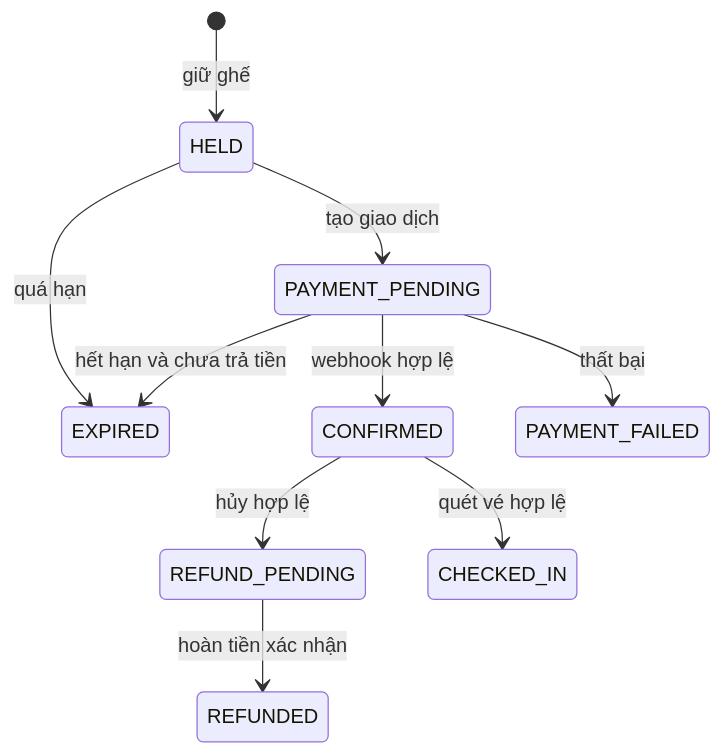
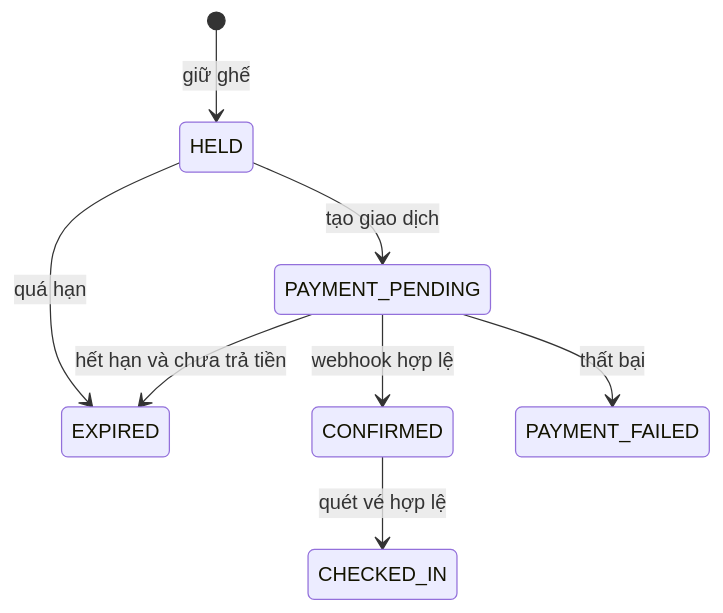
One commit to mahTuqn/DGKD_GK changed the diagram in CinemaBooking_QA_Plan.md. Above: the diagram before and after it, drawn with Mermaid. The commit also changed other lines of this file and 6 other files, not shown here.

````diff
--- a/CinemaBooking_QA_Plan.md
+++ b/CinemaBooking_QA_Plan.md
@@ -59,12 +59,10 @@
 ```mermaid
 stateDiagram-v2
   [*] --> HELD: giữ ghế
   HELD --> EXPIRED: quá hạn
   HELD --> PAYMENT_PENDING: tạo giao dịch
   PAYMENT_PENDING --> CONFIRMED: webhook hợp lệ
   PAYMENT_PENDING --> PAYMENT_FAILED: thất bại
   PAYMENT_PENDING --> EXPIRED: hết hạn và chưa trả tiền
-  CONFIRMED --> REFUND_PENDING: hủy hợp lệ
-  REFUND_PENDING --> REFUNDED: hoàn tiền xác nhận
   CONFIRMED --> CHECKED_IN: quét vé hợp lệ
 ```
````
